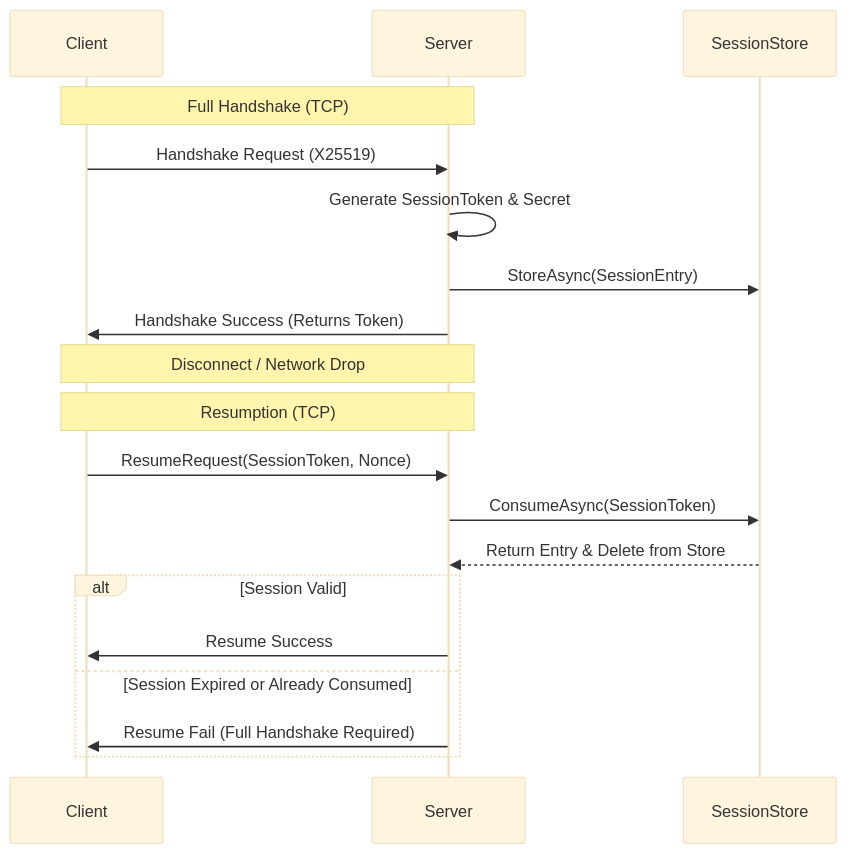
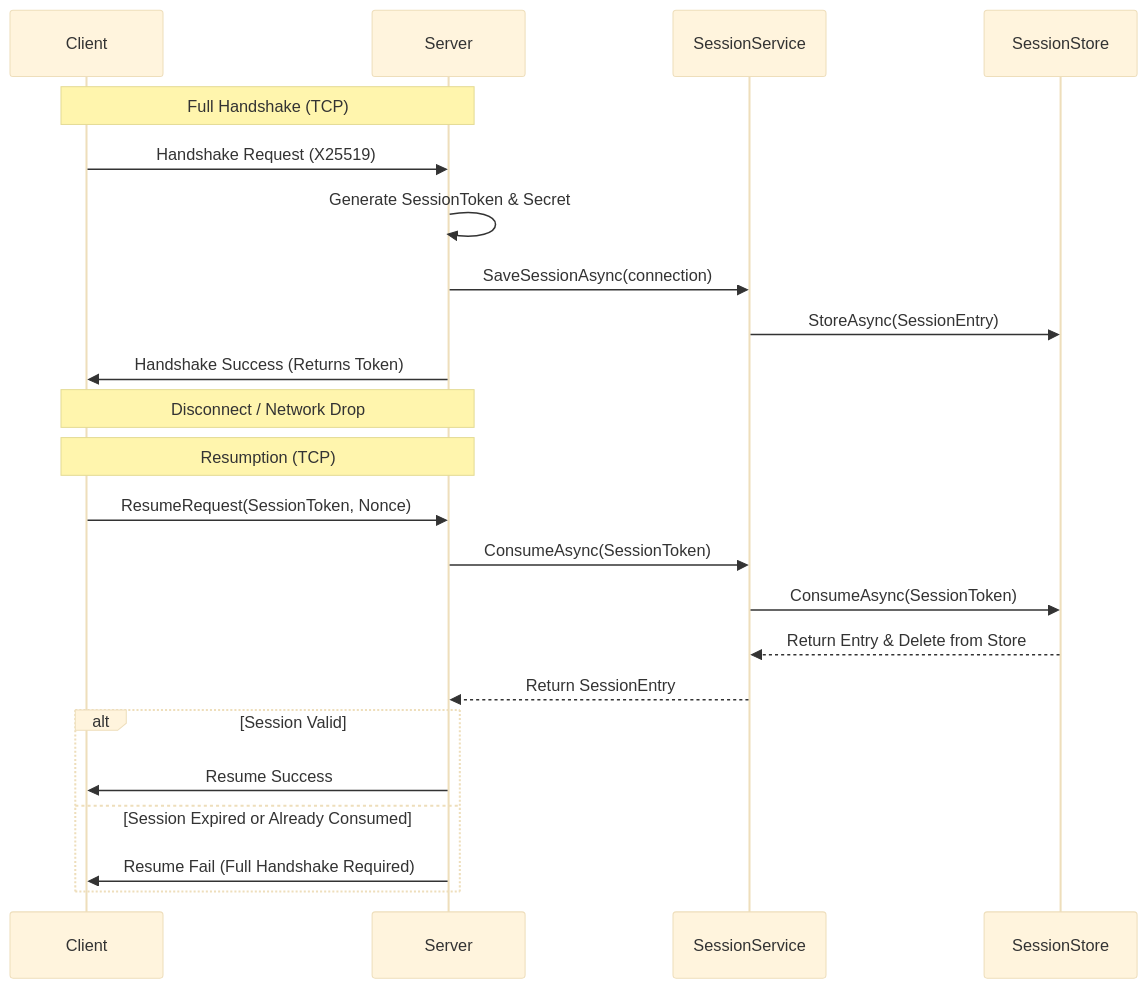
One commit to ppn-systems/Nalix changed the diagram in docs/api/network/session-store.md. Above: the diagram before and after it, drawn with Mermaid (base theme). The commit also changed other lines of this file and 14 other files, not shown here.

````diff
--- a/docs/api/network/session-store.md
+++ b/docs/api/network/session-store.md
@@ -22,25 +27,29 @@
 ```mermaid
 sequenceDiagram
     participant C as Client
     participant S as Server
+    participant SSV as SessionService
     participant ST as SessionStore
 
     Note over C,S: Full Handshake (TCP)
     C->>S: Handshake Request (X25519)
     S->>S: Generate SessionToken & Secret
-    S->>ST: StoreAsync(SessionEntry)
+    S->>SSV: SaveSessionAsync(connection)
+    SSV->>ST: StoreAsync(SessionEntry)
     S->>C: Handshake Success (Returns Token)
 
     Note over C,S: Disconnect / Network Drop
 
     Note over C,S: Resumption (TCP)
     C->>S: ResumeRequest(SessionToken, Nonce)
-    S->>ST: ConsumeAsync(SessionToken)
-    ST-->>S: Return Entry & Delete from Store
+    S->>SSV: ConsumeAsync(SessionToken)
+    SSV->>ST: ConsumeAsync(SessionToken)
+    ST-->>SSV: Return Entry & Delete from Store
+    SSV-->>S: Return SessionEntry
     
     alt Session Valid
         S->>C: Resume Success
     else Session Expired or Already Consumed
         S->>C: Resume Fail (Full Handshake Required)
     end
 ```
````
